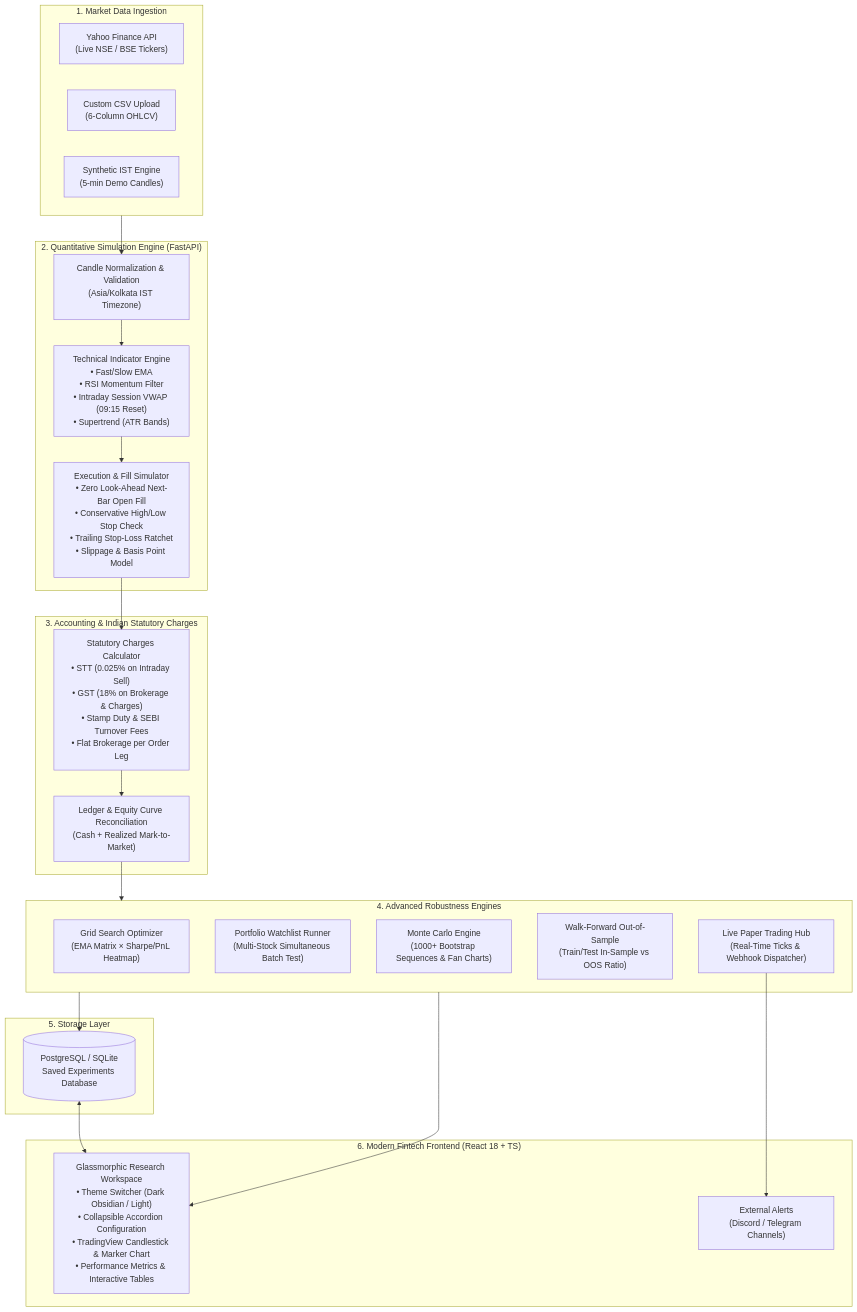
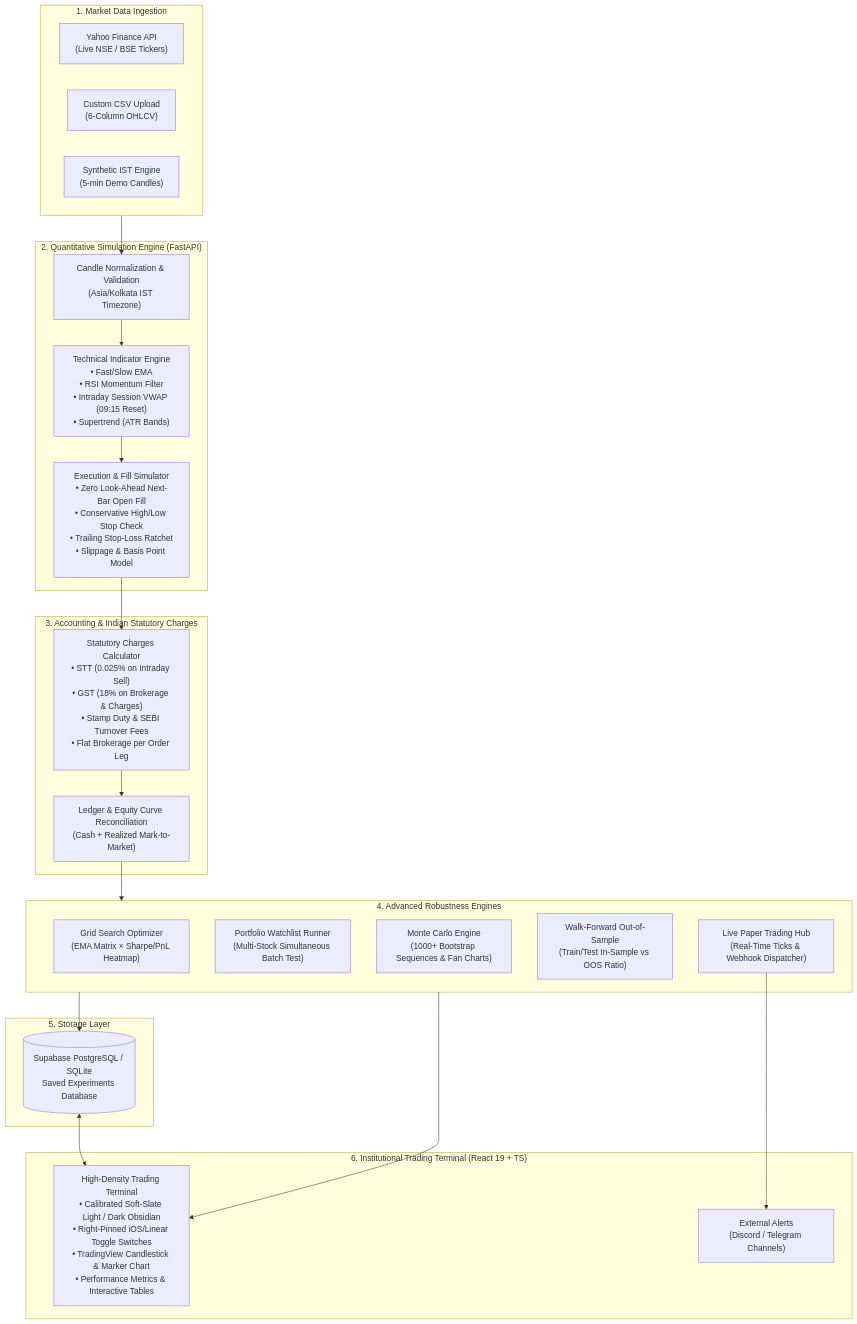
Before and after one commit to krishnagarg-2004/strategy-lab-mvp: the diagram in README.md, drawn with Mermaid. The commit also changed other lines of this file, not shown here.

Commit message:
docs: comprehensive README update with live cloud endpoints, institutional design system, and methodology

````diff
--- a/README.md
+++ b/README.md
@@ -118,47 +119,47 @@
 ```mermaid
 flowchart TD
     subgraph DataIngestion["1. Market Data Ingestion"]
         YF["Yahoo Finance API<br/>(Live NSE / BSE Tickers)"]
         CSV["Custom CSV Upload<br/>(6-Column OHLCV)"]
         SYN["Synthetic IST Engine<br/>(5-min Demo Candles)"]
     end
 
     subgraph CoreEngine["2. Quantitative Simulation Engine (FastAPI)"]
         NORM["Candle Normalization & Validation<br/>(Asia/Kolkata IST Timezone)"]
         IND["Technical Indicator Engine<br/>• Fast/Slow EMA<br/>• RSI Momentum Filter<br/>• Intraday Session VWAP (09:15 Reset)<br/>• Supertrend (ATR Bands)"]
         EXEC["Execution & Fill Simulator<br/>• Zero Look-Ahead Next-Bar Open Fill<br/>• Conservative High/Low Stop Check<br/>• Trailing Stop-Loss Ratchet<br/>• Slippage & Basis Point Model"]
     end
 
     subgraph Accounting["3. Accounting & Indian Statutory Charges"]
         TAX["Statutory Charges Calculator<br/>• STT (0.025% on Intraday Sell)<br/>• GST (18% on Brokerage & Charges)<br/>• Stamp Duty & SEBI Turnover Fees<br/>• Flat Brokerage per Order Leg"]
         LEDGER["Ledger & Equity Curve Reconciliation<br/>(Cash + Realized Mark-to-Market)"]
     end
 
     subgraph AdvancedAnalytics["4. Advanced Robustness Engines"]
         GRID["Grid Search Optimizer<br/>(EMA Matrix × Sharpe/PnL Heatmap)"]
         PORT["Portfolio Watchlist Runner<br/>(Multi-Stock Simultaneous Batch Test)"]
         MC["Monte Carlo Engine<br/>(1000+ Bootstrap Sequences & Fan Charts)"]
         WF["Walk-Forward Out-of-Sample<br/>(Train/Test In-Sample vs OOS Ratio)"]
         PAPER["Live Paper Trading Hub<br/>(Real-Time Ticks & Webhook Dispatcher)"]
     end
 
     subgraph Persistence["5. Storage Layer"]
-        DB[("PostgreSQL / SQLite<br/>Saved Experiments Database")]
+        DB[("Supabase PostgreSQL / SQLite<br/>Saved Experiments Database")]
     end
 
-    subgraph Presentation["6. Modern Fintech Frontend (React 18 + TS)"]
-        UI["Glassmorphic Research Workspace<br/>• Theme Switcher (Dark Obsidian / Light)<br/>• Collapsible Accordion Configuration<br/>• TradingView Candlestick & Marker Chart<br/>• Performance Metrics & Interactive Tables"]
+    subgraph Presentation["6. Institutional Trading Terminal (React 19 + TS)"]
+        UI["High-Density Trading Terminal<br/>• Calibrated Soft-Slate Light / Dark Obsidian<br/>• Right-Pinned iOS/Linear Toggle Switches<br/>• TradingView Candlestick & Marker Chart<br/>• Performance Metrics & Interactive Tables"]
         WEBHOOK["External Alerts<br/>(Discord / Telegram Channels)"]
     end
 
     DataIngestion --> NORM
     NORM --> IND
     IND --> EXEC
     EXEC --> TAX
     TAX --> LEDGER
     LEDGER --> AdvancedAnalytics
     AdvancedAnalytics --> DB
     AdvancedAnalytics --> UI
     PAPER --> WEBHOOK
     DB <--> UI
 ```
````
